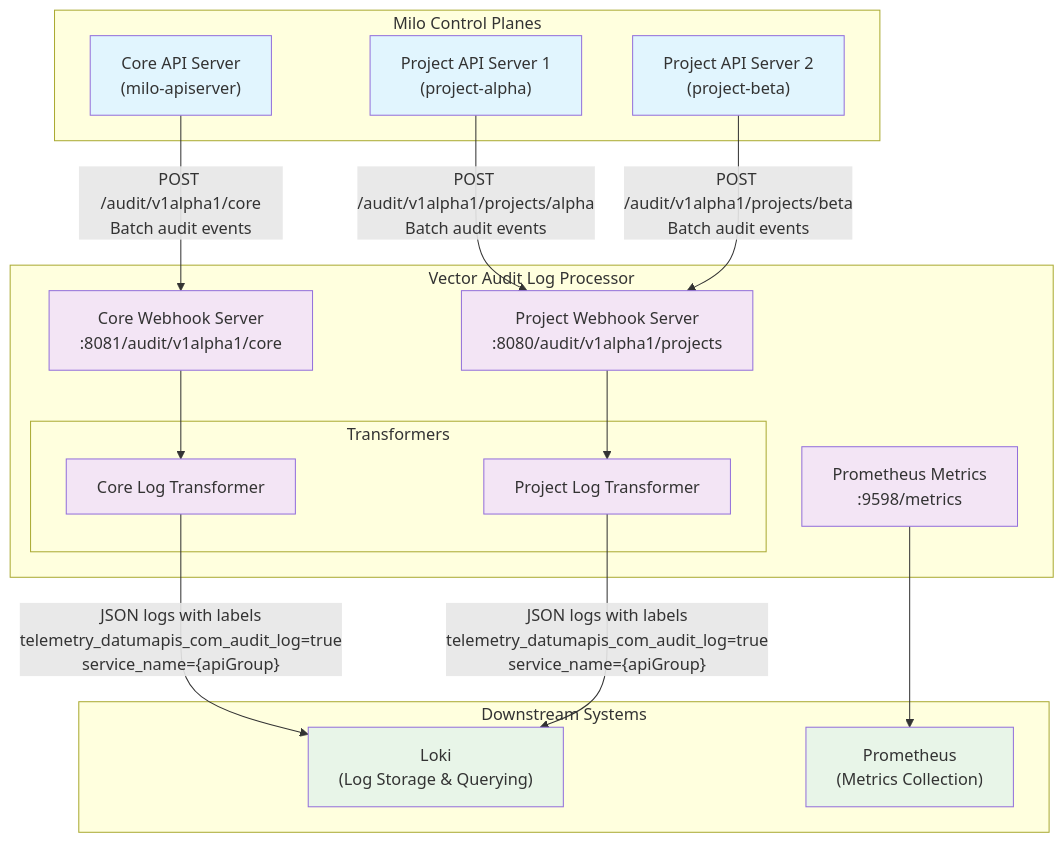
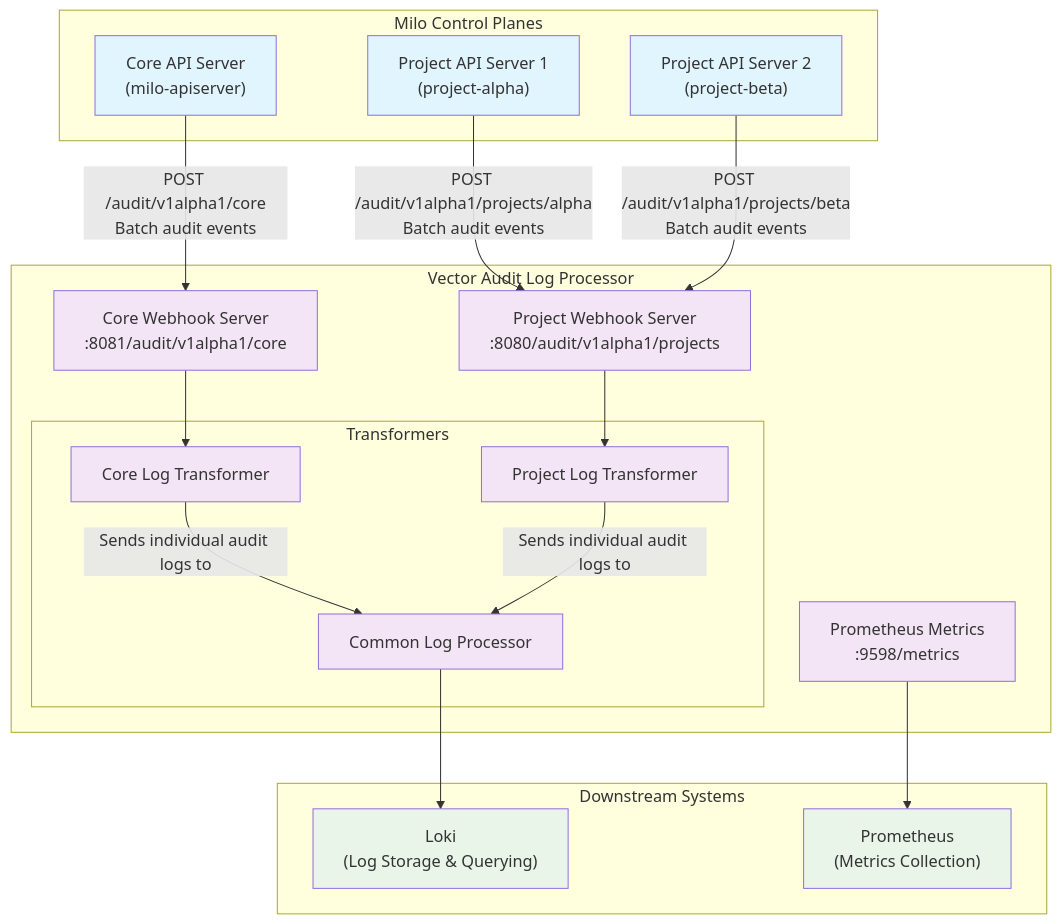
Before and after one commit to datum-cloud/milo: the diagram in config/telemetry/vector-audit-log-processor/README.md, drawn with Mermaid. The commit also changed other lines of this file and 1 other file, not shown here.

Commit message:
feat: use common log processor for all audit logs
Creates a new common log processor transformation
that can be used to apply common transformations
to all audit logs regardless of the control plane
it originated from.

This also introduces a new internal IP filtering
step as part of the common log processor to filter
any internal cluster IP addresses from the audit
logs before they are stored in Loki.

````diff
--- a/config/telemetry/vector-audit-log-processor/README.md
+++ b/config/telemetry/vector-audit-log-processor/README.md
@@ -15,51 +15,52 @@
 ```mermaid
-
 
 graph TB
     subgraph "Milo Control Planes"
         CoreAPI["Core API Server<br/>(milo-apiserver)"]
         ProjAPI1["Project API Server 1<br/>(project-alpha)"]
         ProjAPI2["Project API Server 2<br/>(project-beta)"]
     end
 
     subgraph "Vector Audit Log Processor"
         CoreWebhook["Core Webhook Server<br/>:8081/audit/v1alpha1/core"]
         ProjWebhook["Project Webhook Server<br/>:8080/audit/v1alpha1/projects"]
 
         subgraph "Transformers"
             CoreTransform["Core Log Transformer"]
             ProjTransform["Project Log Transformer"]
+            CommonProcessor["Common Log Processor"]
         end
 
         Metrics["Prometheus Metrics<br/>:9598/metrics"]
     end
 
     subgraph "Downstream Systems"
         Loki["Loki<br/>(Log Storage & Querying)"]
         Prometheus["Prometheus<br/>(Metrics Collection)"]
     end
 
     %% API Server to Vector connections
     CoreAPI -->|"POST /audit/v1alpha1/core<br/>Batch audit events"| CoreWebhook
     ProjAPI1 -->|"POST /audit/v1alpha1/projects/alpha<br/>Batch audit events"| ProjWebhook
     ProjAPI2 -->|"POST /audit/v1alpha1/projects/beta<br/>Batch audit events"| ProjWebhook
 
     %% Vector processing flow
     CoreWebhook --> CoreTransform
     ProjWebhook --> ProjTransform
+    CoreTransform --> |Sends individual audit logs to| CommonProcessor
+    ProjTransform --> |Sends individual audit logs to| CommonProcessor
 
     %% Output to downstream systems
-    CoreTransform -->|"JSON logs with labels<br/>telemetry_datumapis_com_audit_log=true<br/>service_name={apiGroup}"| Loki
-    ProjTransform -->|"JSON logs with labels<br/>telemetry_datumapis_com_audit_log=true<br/>service_name={apiGroup}"| Loki
+    CommonProcessor --> Loki
 
     Metrics --> Prometheus
 
     %% Styling
     classDef apiServer fill:#e1f5fe
     classDef vector fill:#f3e5f5
     classDef downstream fill:#e8f5e8
 
     class CoreAPI,ProjAPI1,ProjAPI2 apiServer
-    class CoreWebhook,ProjWebhook,CoreTransform,ProjTransform,Metrics vector
+    class CoreWebhook,ProjWebhook,CoreTransform,ProjTransform,CommonProcessor,Metrics vector
     class Loki,Prometheus downstream
 ```
````
